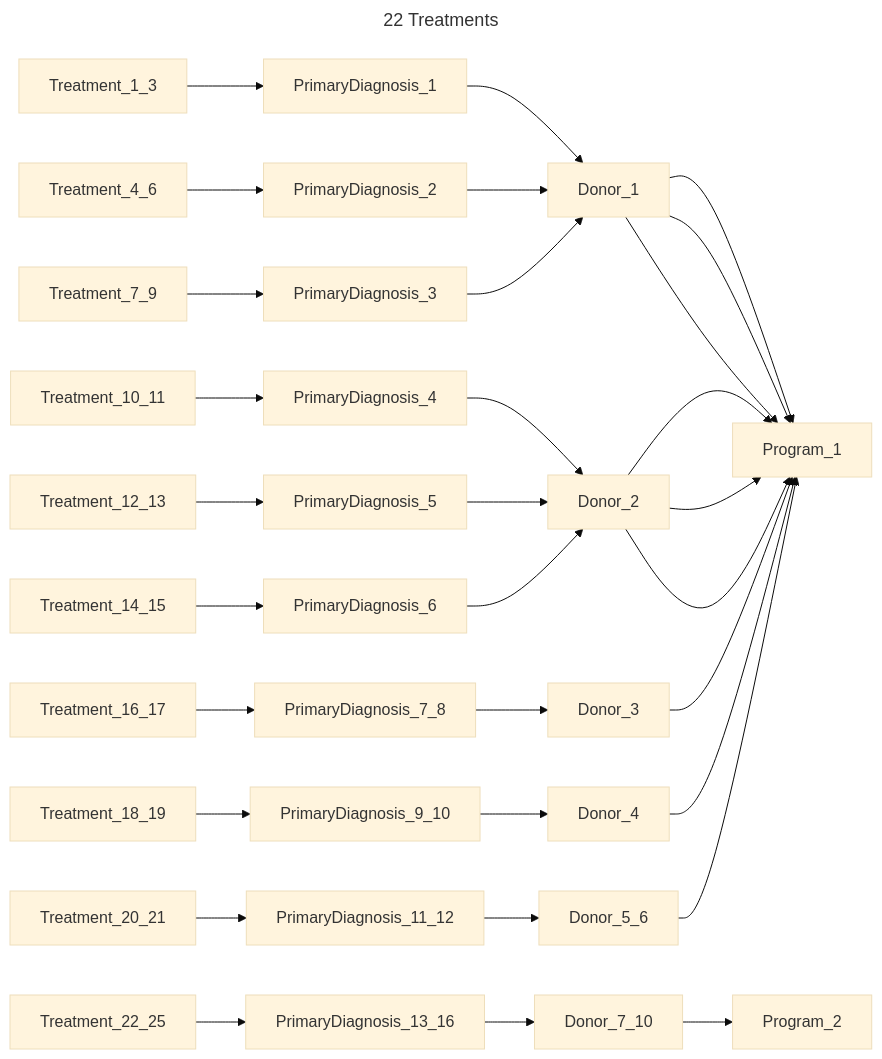
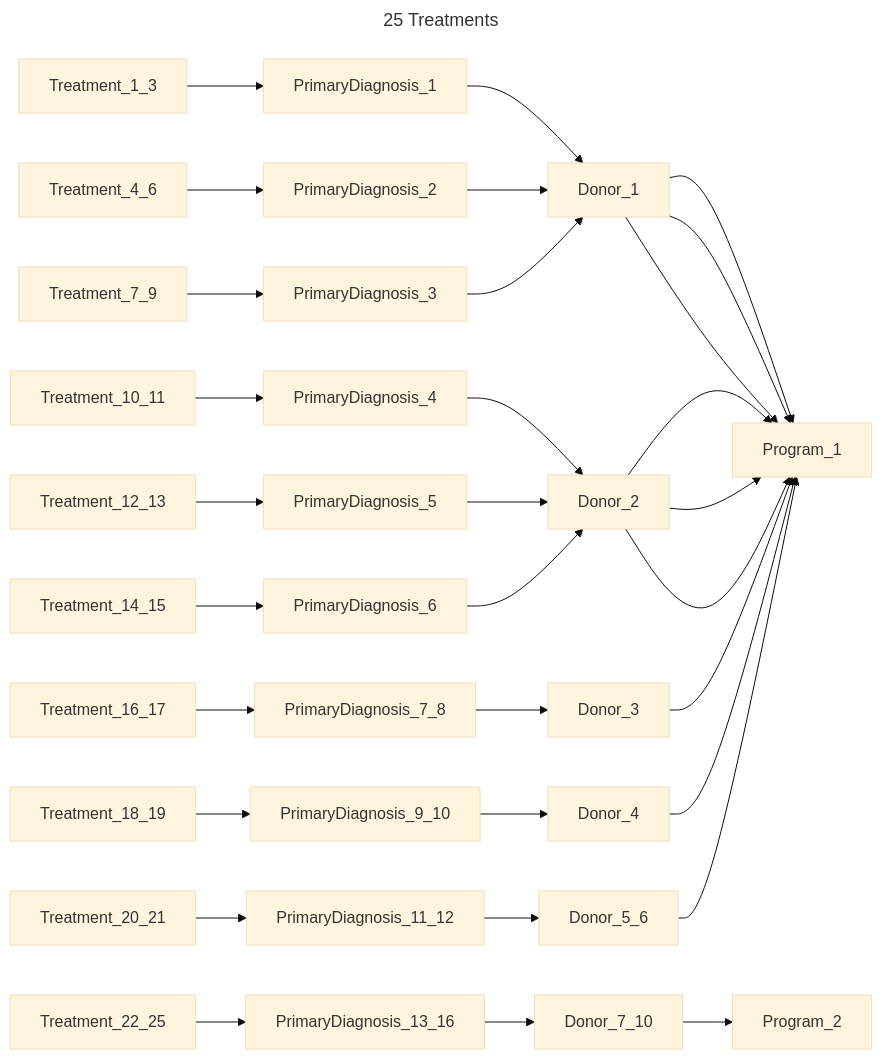
The fifth of 14 diagrams in chord_metadata_service/mohpackets/data/small_dataset/README.md (bento-platform/katsu), drawn with Mermaid (base theme) before and after one commit.

````diff
--- a/chord_metadata_service/mohpackets/data/small_dataset/README.md
+++ b/chord_metadata_service/mohpackets/data/small_dataset/README.md
@@ -70,16 +70,16 @@
 ```mermaid
 ---
-title: 22 Treatments
+title: 25 Treatments
 ---
 graph LR;  
   Treatment_1_3 --> PrimaryDiagnosis_1 --> Donor_1 --> Program_1;  
   Treatment_4_6 --> PrimaryDiagnosis_2 --> Donor_1 --> Program_1;  
   Treatment_7_9 --> PrimaryDiagnosis_3 --> Donor_1 --> Program_1;  
   Treatment_10_11 --> PrimaryDiagnosis_4 --> Donor_2 --> Program_1;  
   Treatment_12_13 --> PrimaryDiagnosis_5 --> Donor_2 --> Program_1;  
   Treatment_14_15 --> PrimaryDiagnosis_6 --> Donor_2 --> Program_1; 
   Treatment_16_17 --> PrimaryDiagnosis_7_8 --> Donor_3 --> Program_1;  
   Treatment_18_19 --> PrimaryDiagnosis_9_10 --> Donor_4 --> Program_1;  
   Treatment_20_21 --> PrimaryDiagnosis_11_12 --> Donor_5_6 --> Program_1;  
   Treatment_22_25 --> PrimaryDiagnosis_13_16 --> Donor_7_10 --> Program_2;
 ```
````
